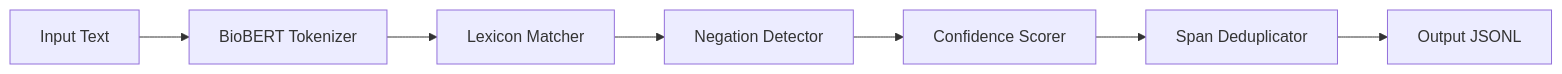
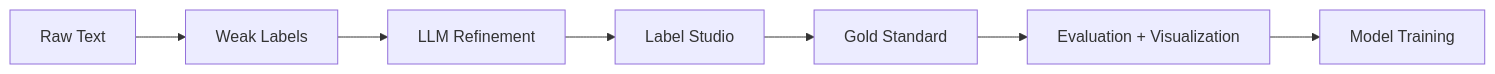
Before and after one commit to paulboys/SpanForge: the diagram in docs/index.md, drawn with Mermaid. The commit also changed other lines of this file and 5 other files, not shown here.

````diff
--- a/docs/index.md
+++ b/docs/index.md
@@ -70,9 +71,9 @@
 ```mermaid
 graph LR
-    A[Input Text] --> B[BioBERT Tokenizer]
-    B --> C[Lexicon Matcher]
-    C --> D[Negation Detector]
-    D --> E[Confidence Scorer]
-    E --> F[Span Deduplicator]
-    F --> G[Output JSONL]
+    A[Raw Text] --> B[Weak Labels]
+    B --> C[LLM Refinement]
+    C --> D[Label Studio]
+    D --> E[Gold Standard]
+    E --> F[Evaluation + Visualization]
+    F --> G[Model Training]
 ```
````
